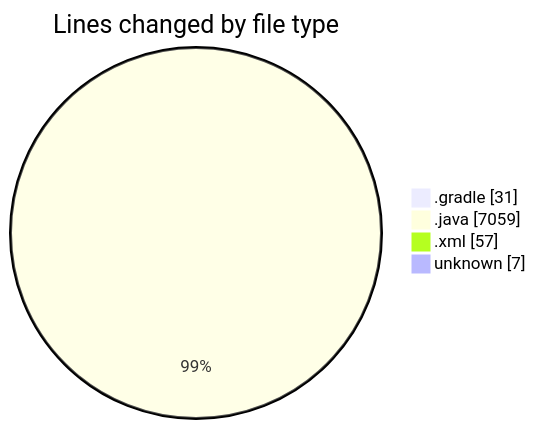
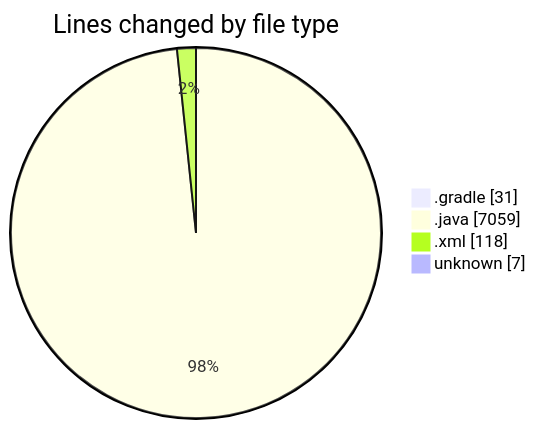
The first of 2 diagrams in 2025-02-21/micros/README.md (charlie-sans/code-tracking), drawn with Mermaid before and after one commit. The commit also changed other lines of this file and 1 other file, not shown here.

````diff
--- a/2025-02-21/micros/README.md
+++ b/2025-02-21/micros/README.md
@@ -49,8 +49,8 @@
 ```mermaid
 pie showData
 title Lines changed by file type
 ".gradle" : 31
 ".java" : 7059
-".xml" : 57
+".xml" : 118
 "unknown" : 7
 ```
````
